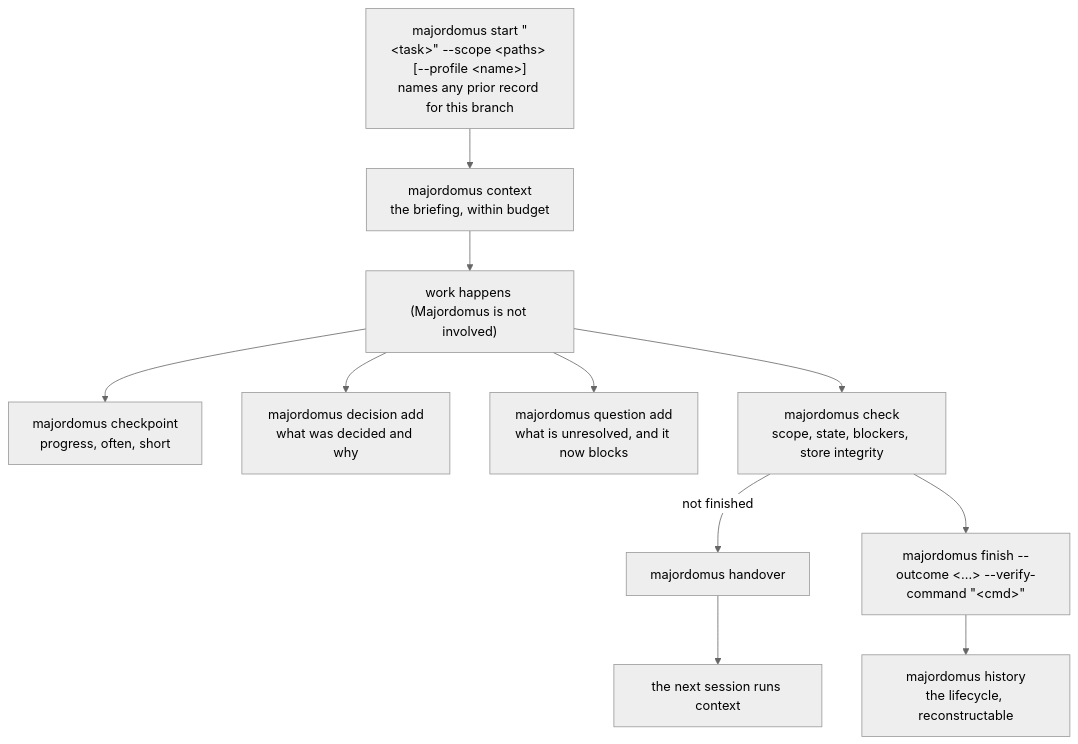
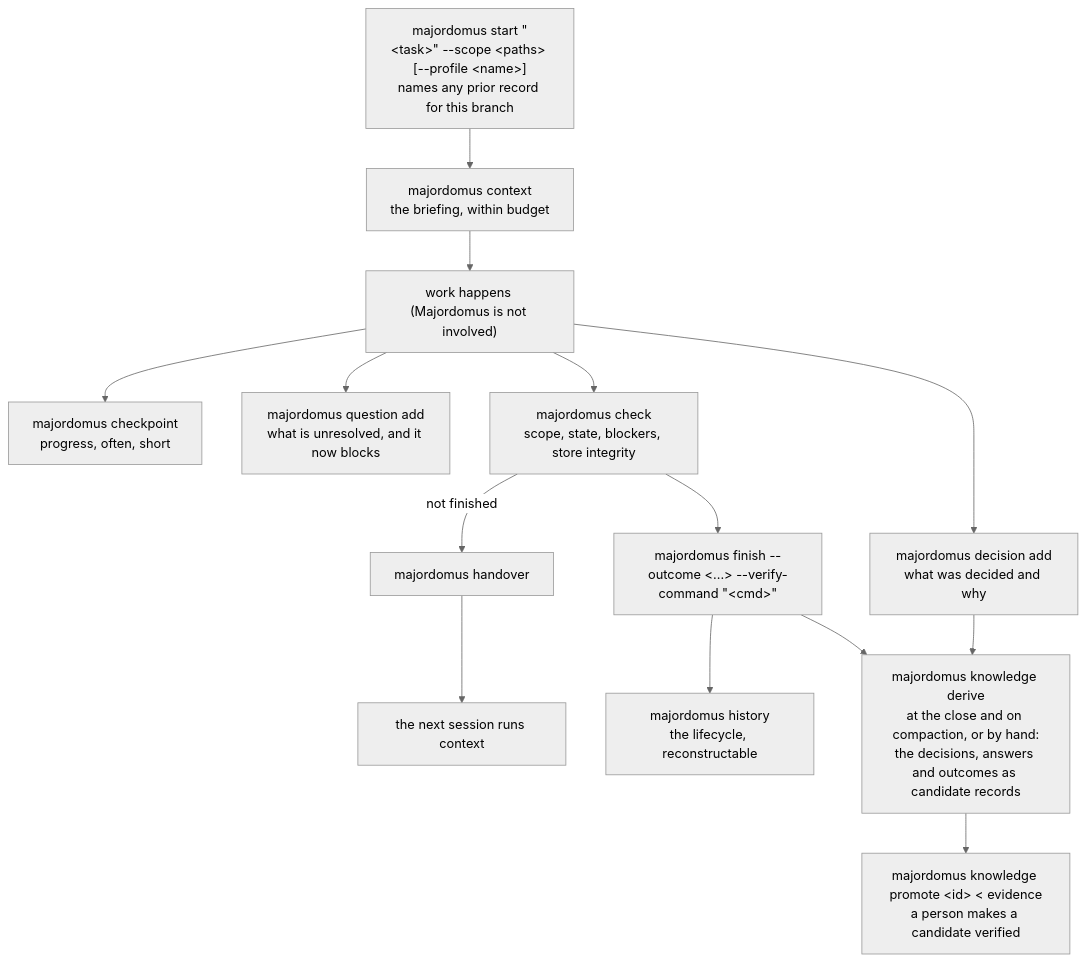
The third of 3 diagrams in docs/CONTINUITY.md (korczis/prismatic-majordomus), drawn with Mermaid (neutral theme) before and after one commit. The commit also changed other lines of this file and 524 other files, not shown here.

First line of the commit message:
feat(knowledge): derive knowledge at the episode boundary, serve it everywhere, enforce it

````diff
--- a/docs/CONTINUITY.md
+++ b/docs/CONTINUITY.md
@@ -471,22 +491,27 @@
 ```mermaid
 flowchart TD
   st["majordomus start #quot;&lt;task&gt;#quot; --scope &lt;paths&gt; [--profile &lt;name&gt;]<br>names any prior record for this branch"]
   ctx["majordomus context<br>the briefing, within budget"]
   work["work happens (Majordomus is not involved)"]
   cp["majordomus checkpoint<br>progress, often, short"]
   dec["majordomus decision add<br>what was decided and why"]
   qq["majordomus question add<br>what is unresolved, and it now blocks"]
   ck["majordomus check<br>scope, state, blockers, store integrity"]
   ho["majordomus handover"]
   nxt["the next session runs context"]
   fin["majordomus finish --outcome &lt;...&gt; --verify-command #quot;&lt;cmd&gt;#quot;"]
   hist["majordomus history<br>the lifecycle, reconstructable"]
+  kd["majordomus knowledge derive<br>at the close and on compaction, or by hand:<br>the decisions, answers and outcomes as candidate records"]
+  kp["majordomus knowledge promote &lt;id&gt; &lt; evidence<br>a person makes a candidate verified"]
 
   st --> ctx --> work
   work --> cp
   work --> dec
   work --> qq
   work --> ck
   ck -->|"not finished"| ho --> nxt
   ck --> fin --> hist
+  dec --> kd
+  fin --> kd
+  kd --> kp
 ```
````
